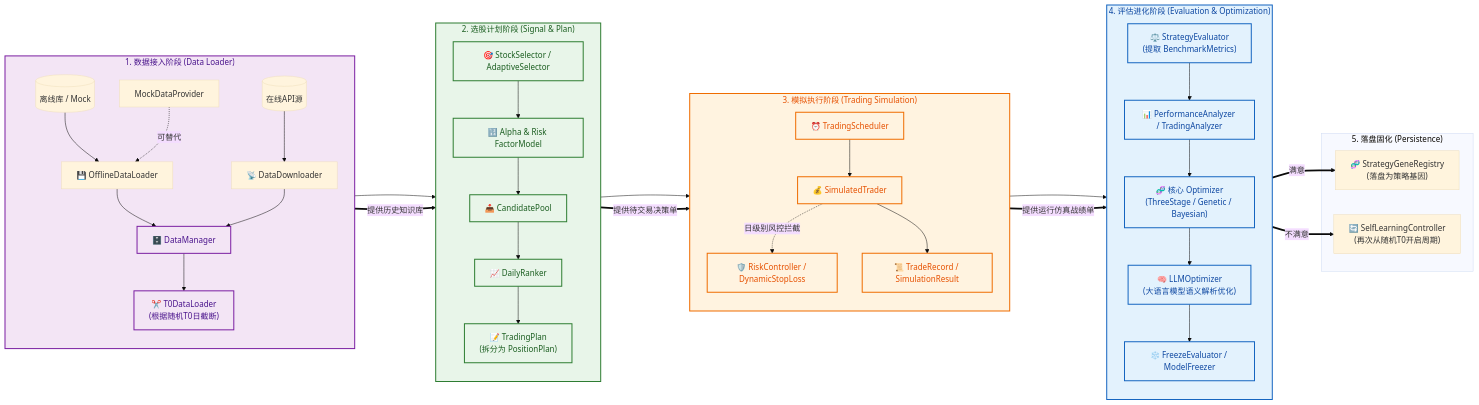
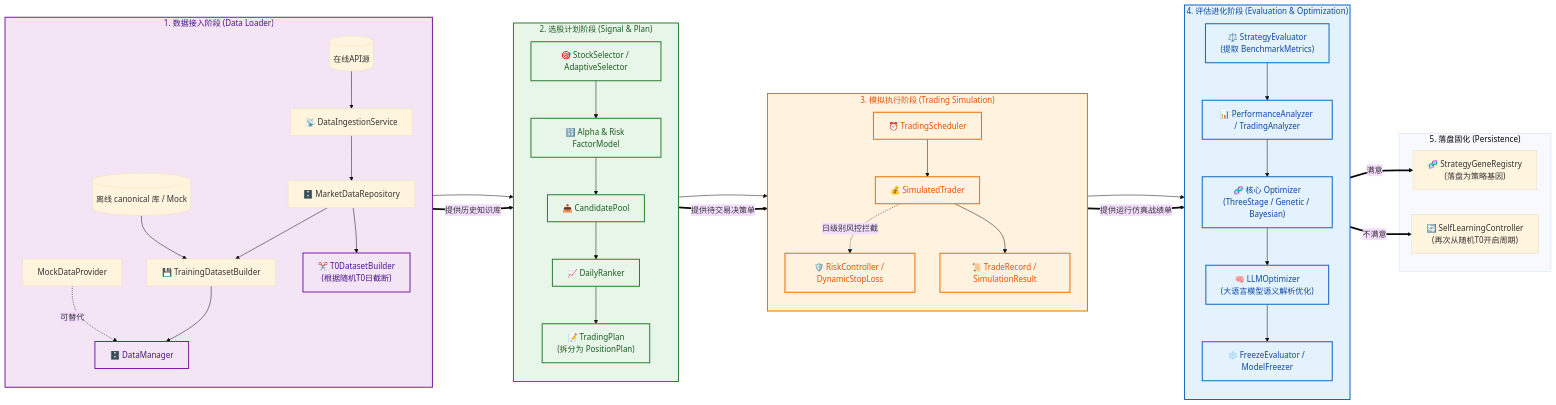
The second of 3 diagrams in 项目架构方案.md (stephenxie990-blip/invest-evolution), drawn with Mermaid (base theme) before and after one commit. The commit also changed 11 other files, not shown here.

````diff
--- a/项目架构方案.md
+++ b/项目架构方案.md
@@ -78,55 +78,57 @@
 ```mermaid
 flowchart LR
     subgraph DataLoad ["1. 数据接入阶段 (Data Loader)"]
         direction TB
-        SRC[("离线库 / Mock")] --> OFF["💾 OfflineDataLoader"]
-        SRC2[("在线API源")] --> ONL["📡 DataDownloader"]
-        MOCK["MockDataProvider"] -.可替代.-> OFF
-        OFF & ONL --> DM["🗄️ DataManager"]
-        DM --> T0["✂️ T0DataLoader<br/>(根据随机T0日截断)"]
+        SRC[("离线 canonical 库 / Mock")] --> OFF["💾 TrainingDatasetBuilder"]
+        SRC2[("在线API源")] --> ONL["📡 DataIngestionService"]
+        MOCK["MockDataProvider"] -.可替代.-> DM
+        ONL --> REPO["🗄️ MarketDataRepository"]
+        REPO --> OFF
+        OFF --> DM["🗄️ DataManager"]
+        REPO --> T0["✂️ T0DatasetBuilder<br/>(根据随机T0日截断)"]
     end
 
     subgraph SignalPlan ["2. 选股计划阶段 (Signal & Plan)"]
         direction TB
         T0 --> SEL["🎯 StockSelector / AdaptiveSelector"]
         SEL --> FACT["🔢 Alpha & Risk FactorModel"]
         FACT --> POOL["📥 CandidatePool"]
         POOL --> RANK["📈 DailyRanker"]
         RANK --> PLAN["📝 TradingPlan<br/>(拆分为 PositionPlan)"]
     end
 
     subgraph SimTrading ["3. 模拟执行阶段 (Trading Simulation)"]
         direction TB
         PLAN --> SCHED["⏰ TradingScheduler"]
         SCHED --> SIM["💰 SimulatedTrader"]
         SIM -.日级别风控拦截.-> RISK["🛡️ RiskController / DynamicStopLoss"]
         SIM --> REC["📜 TradeRecord / SimulationResult"]
     end
 
     subgraph EvalOpt ["4. 评估进化阶段 (Evaluation & Optimization)"]
         direction TB
         REC --> EVAL["⚖️ StrategyEvaluator<br/>(提取 BenchmarkMetrics)"]
         EVAL --> ANALYZE["📊 PerformanceAnalyzer / TradingAnalyzer"]
         ANALYZE --> OPT["🧬 核心 Optimizer<br/>(ThreeStage / Genetic / Bayesian)"]
         OPT --> LLMOPT["🧠 LLMOptimizer<br/>(大语言模型语义解析优化)"]
         LLMOPT --> FREEZE["❄️ FreezeEvaluator / ModelFreezer"]
     end
     
     subgraph Store ["5. 落盘固化 (Persistence)"]
         FREEZE ==满意==> REGISTRY["🧬 StrategyGeneRegistry<br/>(落盘为策略基因)"]
         FREEZE ==不满意==> LOVER["🔄 SelfLearningController<br/>(再次从随机T0开启周期)"]
     end
 
     DataLoad ==提供历史知识库==> SignalPlan
     SignalPlan ==提供待交易决策单==> SimTrading
     SimTrading ==提供运行仿真战绩单==> EvalOpt
     
     classDef loader fill:#f3e5f5,stroke:#7b1fa2,stroke-width:2px,color:#4a148c;
     classDef planner fill:#e8f5e9,stroke:#2e7d32,stroke-width:2px,color:#1b5e20;
     classDef trader fill:#fff3e0,stroke:#ef6c00,stroke-width:2px,color:#e65100;
     classDef eval fill:#e3f2fd,stroke:#1565c0,stroke-width:2px,color:#0d47a1;
     class DataLoad,DM,T0 loader;
     class SignalPlan,SEL,FACT,POOL,RANK,PLAN planner;
     class SimTrading,SCHED,SIM,RISK,REC trader;
     class EvalOpt,EVAL,ANALYZE,OPT,LLMOPT,FREEZE eval;
 ```
````
